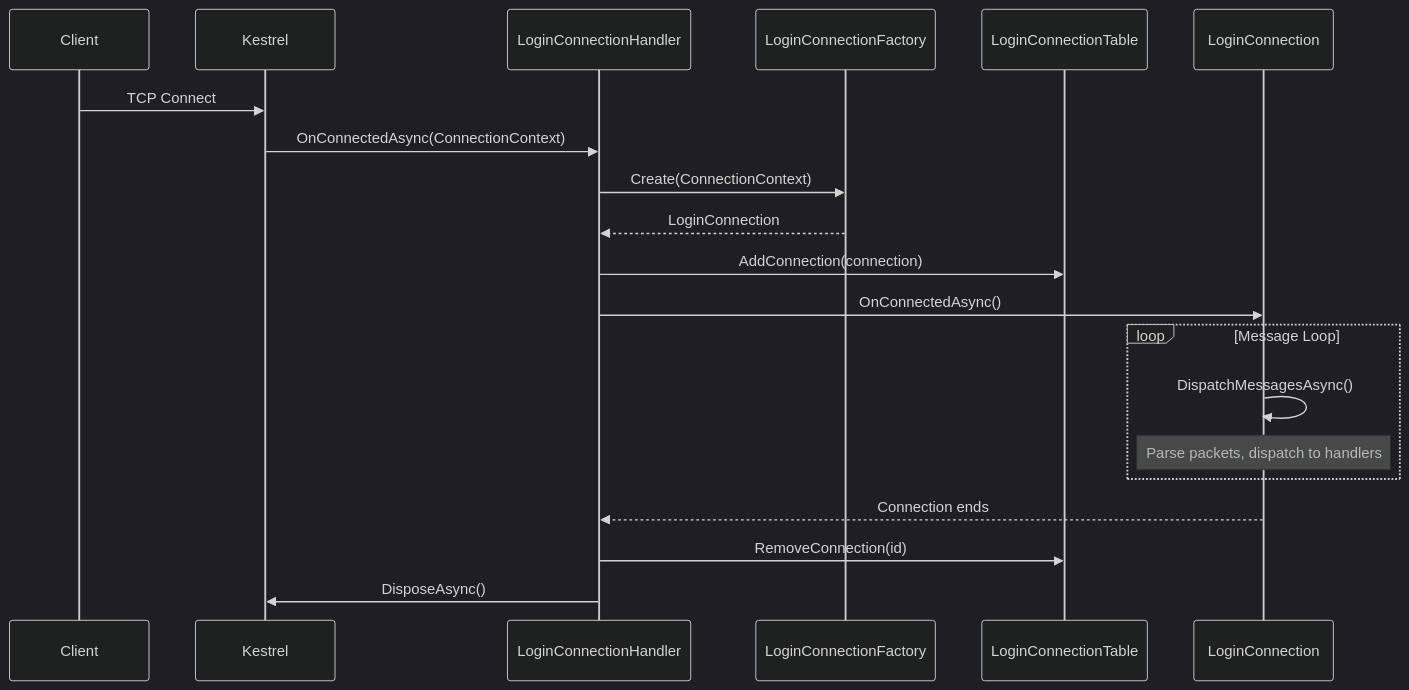
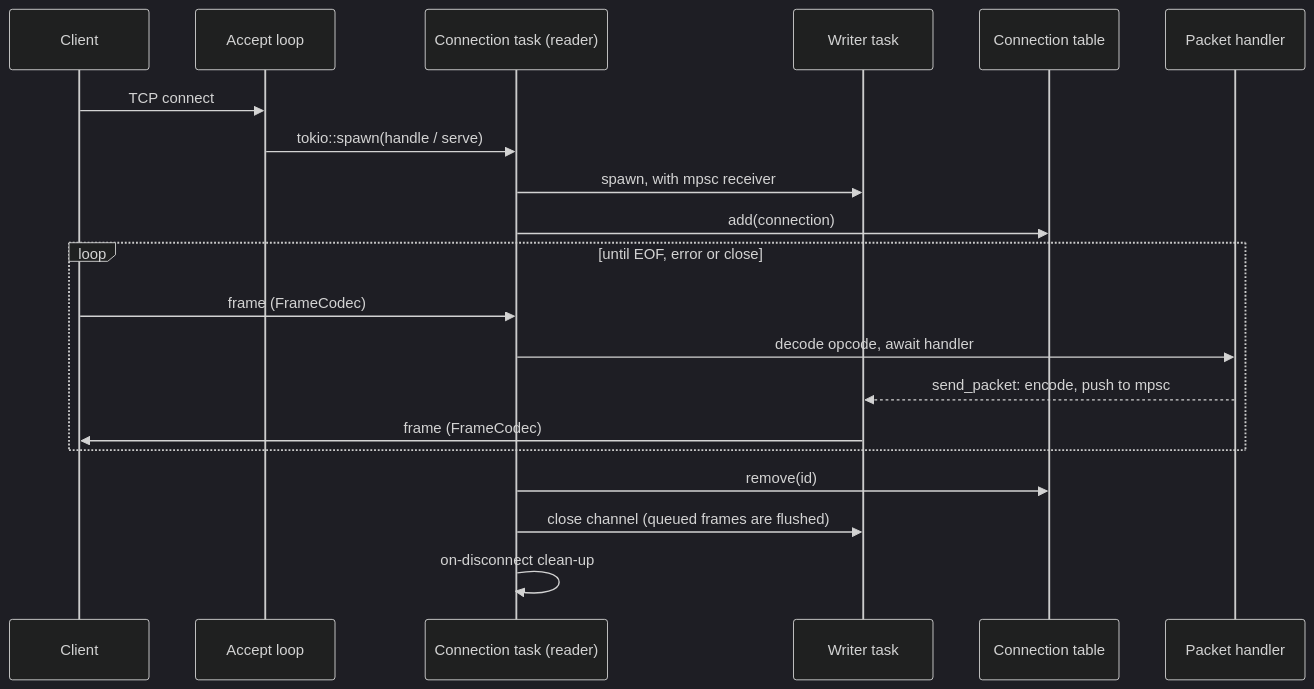
One commit to AAEmu/AAEmu changed the second of 3 diagrams in Docs/networking.md. Above: the diagram before and after it, drawn with Mermaid (dark theme). The commit also changed other lines of this file and 28 other files, not shown here.

````diff
--- a/Docs/networking.md
+++ b/Docs/networking.md
@@ -57,25 +96,23 @@
 ```mermaid
 sequenceDiagram
     participant C as Client
-    participant K as Kestrel
-    participant H as LoginConnectionHandler
-    participant F as LoginConnectionFactory
-    participant T as LoginConnectionTable
-    participant LC as LoginConnection
+    participant A as Accept loop
+    participant R as Connection task (reader)
+    participant W as Writer task
+    participant T as Connection table
+    participant H as Packet handler
 
-    C->>K: TCP Connect
-    K->>H: OnConnectedAsync(ConnectionContext)
-    H->>F: Create(ConnectionContext)
-    F-->>H: LoginConnection
-    H->>T: AddConnection(connection)
-    H->>LC: OnConnectedAsync()
-
-    loop Message Loop
-        LC->>LC: DispatchMessagesAsync()
-        Note over LC: Parse packets, dispatch to handlers
+    C->>A: TCP connect
+    A->>R: tokio::spawn(handle / serve)
+    R->>W: spawn, with mpsc receiver
+    R->>T: add(connection)
+    loop until EOF, error or close
+        C->>R: frame (FrameCodec)
+        R->>H: decode opcode, await handler
+        H-->>W: send_packet: encode, push to mpsc
+        W->>C: frame (FrameCodec)
     end
-
-    LC-->>H: Connection ends
-    H->>T: RemoveConnection(id)
-    H->>K: DisposeAsync()
+    R->>T: remove(id)
+    R->>W: close channel (queued frames are flushed)
+    R->>R: on-disconnect clean-up
 ```
````
